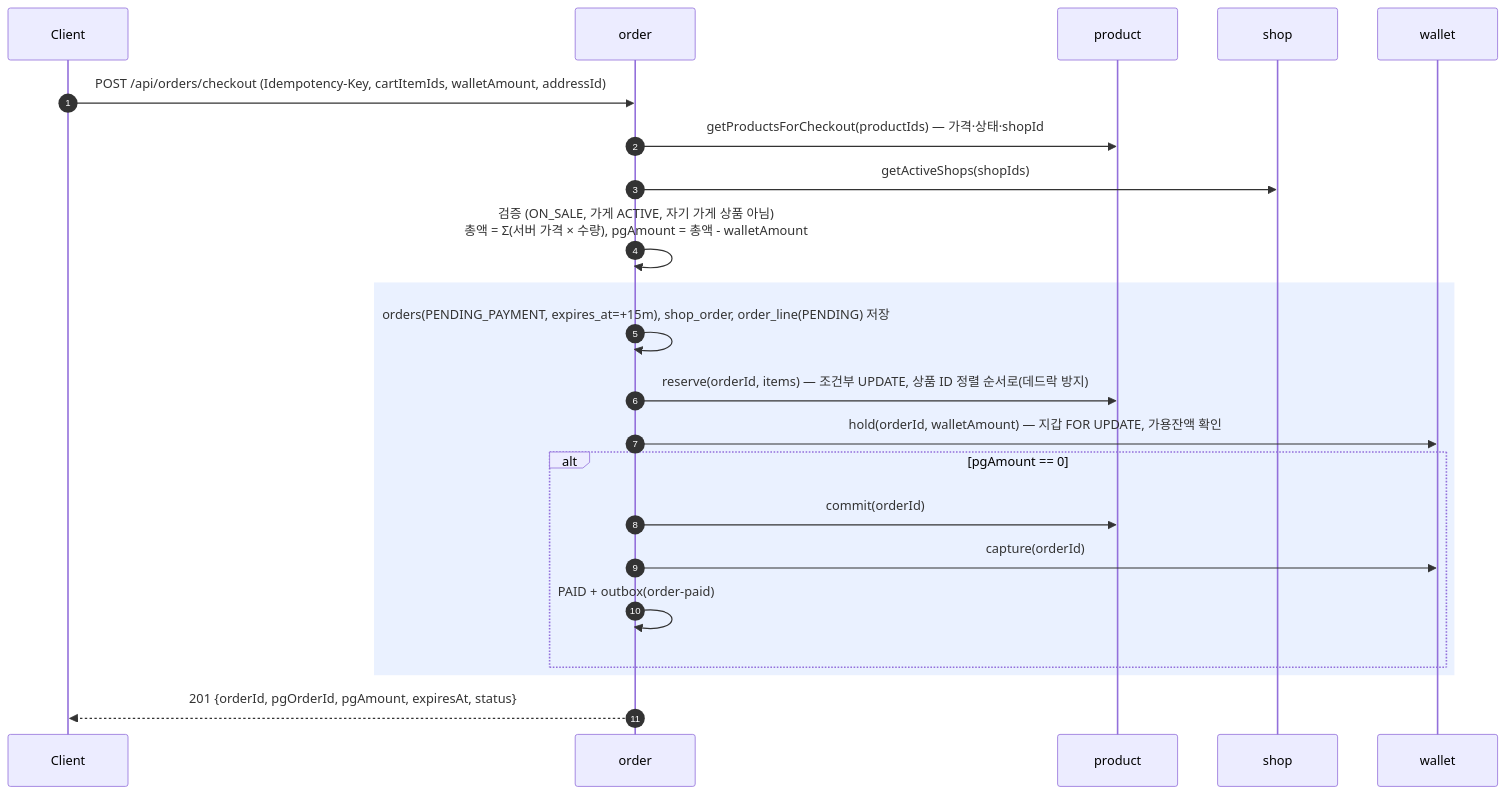
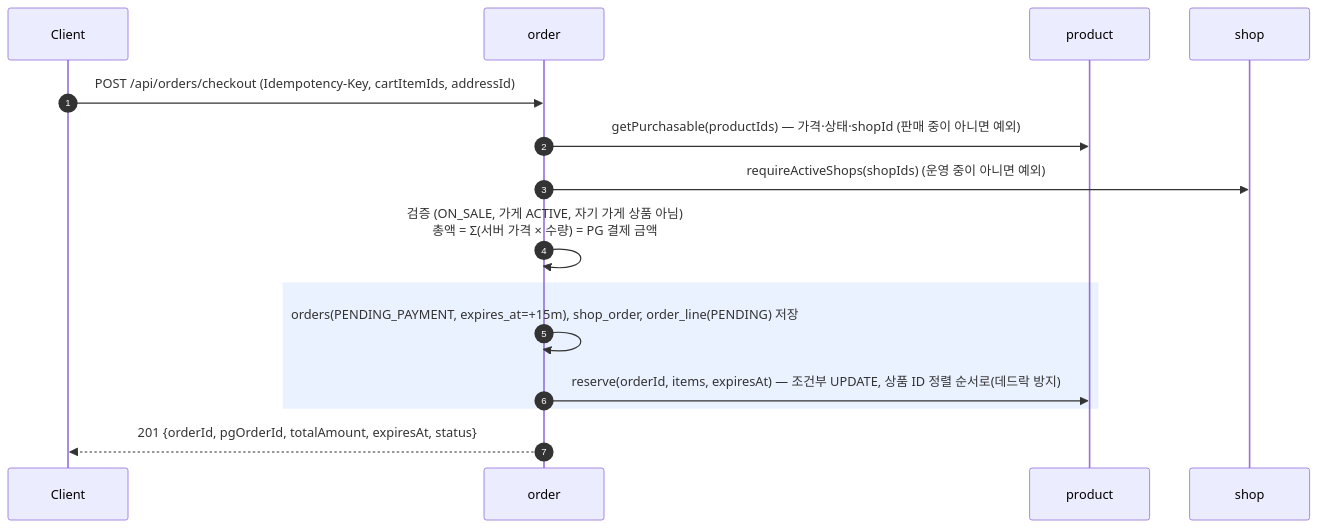
Before and after one commit to 95twan/myroutine-v2: the first of 10 diagrams in docs/02-design/06-sequences.md, drawn with Mermaid. The commit also changed other lines of this file and 27 other files, not shown here.

````diff
--- a/docs/02-design/06-sequences.md
+++ b/docs/02-design/06-sequences.md
@@ -7,24 +9,17 @@
 ```mermaid
 sequenceDiagram
   autonumber
   participant C as Client
   participant O as order
   participant PR as product
   participant SH as shop
-  participant W as wallet
-  C->>O: POST /api/orders/checkout (Idempotency-Key, cartItemIds, walletAmount, addressId)
-  O->>PR: getProductsForCheckout(productIds) — 가격·상태·shopId
-  O->>SH: getActiveShops(shopIds)
-  O->>O: 검증 (ON_SALE, 가게 ACTIVE, 자기 가게 상품 아님)<br/>총액 = Σ(서버 가격 × 수량), pgAmount = 총액 - walletAmount
+  C->>O: POST /api/orders/checkout (Idempotency-Key, cartItemIds, addressId)
+  O->>PR: getPurchasable(productIds) — 가격·상태·shopId (판매 중이 아니면 예외)
+  O->>SH: requireActiveShops(shopIds) (운영 중이 아니면 예외)
+  O->>O: 검증 (ON_SALE, 가게 ACTIVE, 자기 가게 상품 아님)<br/>총액 = Σ(서버 가격 × 수량) = PG 결제 금액
   rect rgba(80,140,255,0.12)
     O->>O: orders(PENDING_PAYMENT, expires_at=+15m), shop_order, order_line(PENDING) 저장
-    O->>PR: reserve(orderId, items) — 조건부 UPDATE, 상품 ID 정렬 순서로(데드락 방지)
-    O->>W: hold(orderId, walletAmount) — 지갑 FOR UPDATE, 가용잔액 확인
-    alt pgAmount == 0
-      O->>PR: commit(orderId)
-      O->>W: capture(orderId)
-      O->>O: PAID + outbox(order-paid)
-    end
+    O->>PR: reserve(orderId, items, expiresAt) — 조건부 UPDATE, 상품 ID 정렬 순서로(데드락 방지)
   end
-  O-->>C: 201 {orderId, pgOrderId, pgAmount, expiresAt, status}
+  O-->>C: 201 {orderId, pgOrderId, totalAmount, expiresAt, status}
 ```
````
